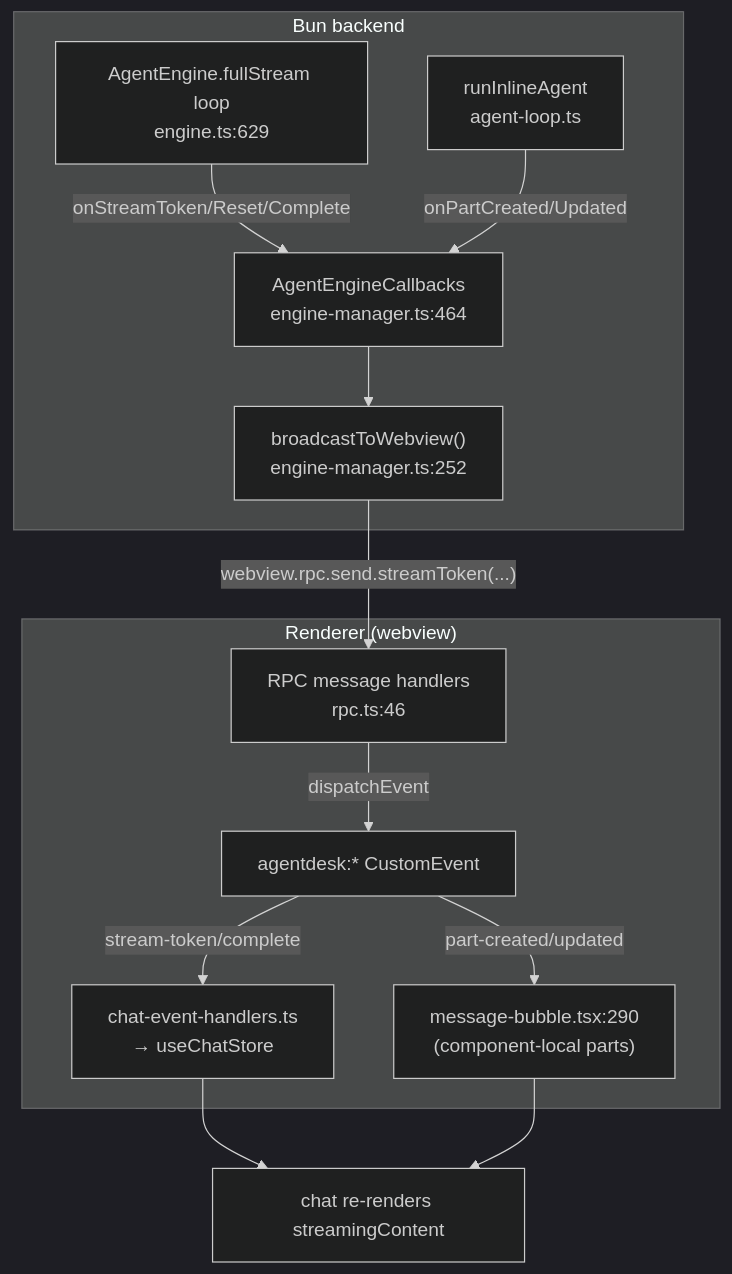
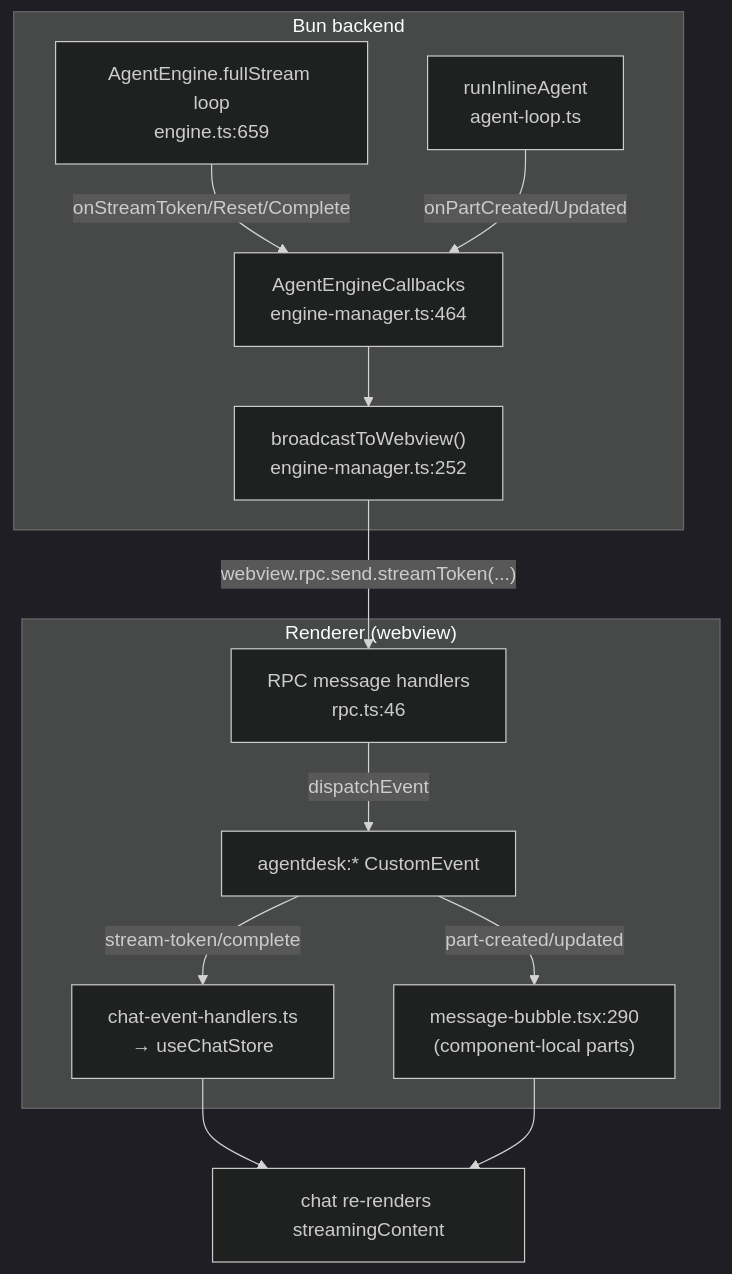
One commit to sarfraznawaz2005/agentdesk changed the diagram in project-wiki/flows/message-streaming-broadcasts.md. Above: the diagram before and after it, drawn with Mermaid (dark theme). The commit also changed other lines of this file and 48 other files, not shown here.

````diff
--- a/project-wiki/flows/message-streaming-broadcasts.md
+++ b/project-wiki/flows/message-streaming-broadcasts.md
@@ -41,16 +41,16 @@
 ```mermaid
 flowchart TD
   subgraph Bun["Bun backend"]
-    A["AgentEngine.fullStream loop<br/>engine.ts:629"] -->|onStreamToken/Reset/Complete| CB
+    A["AgentEngine.fullStream loop<br/>engine.ts:659"] -->|onStreamToken/Reset/Complete| CB
     AL["runInlineAgent<br/>agent-loop.ts"] -->|onPartCreated/Updated| CB
     CB["AgentEngineCallbacks<br/>engine-manager.ts:464"] --> BW["broadcastToWebview()<br/>engine-manager.ts:252"]
   end
   BW -->|"webview.rpc.send.streamToken(...)"| RPC
   subgraph View["Renderer (webview)"]
     RPC["RPC message handlers<br/>rpc.ts:46"] -->|dispatchEvent| DOM["agentdesk:* CustomEvent"]
     DOM -->|stream-token/complete| CEH["chat-event-handlers.ts<br/>→ useChatStore"]
     DOM -->|part-created/updated| MB["message-bubble.tsx:290<br/>(component-local parts)"]
   end
   CEH --> UI["chat re-renders streamingContent"]
   MB --> UI
 ```
````
